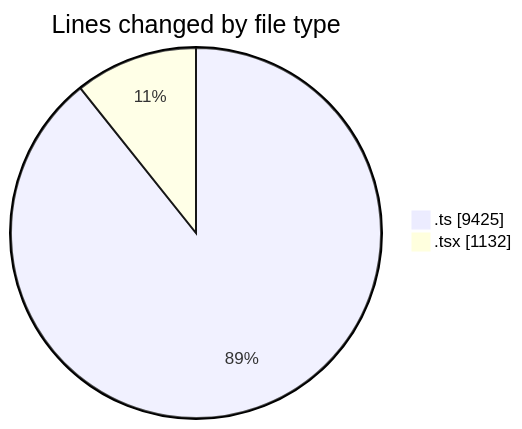
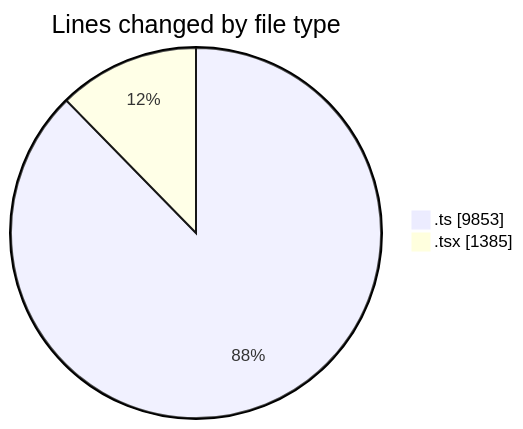
Before and after one commit to momahboobian/code-tracking: the first of 2 diagrams in 2025-07-14/cda/README.md, drawn with Mermaid. The commit also changed other lines of this file and 1 other file, not shown here.

````diff
--- a/2025-07-14/cda/README.md
+++ b/2025-07-14/cda/README.md
@@ -28,6 +28,6 @@
 ```mermaid
 pie showData
 title Lines changed by file type
-".ts" : 9425
-".tsx" : 1132
+".ts" : 9853
+".tsx" : 1385
 ```
````
